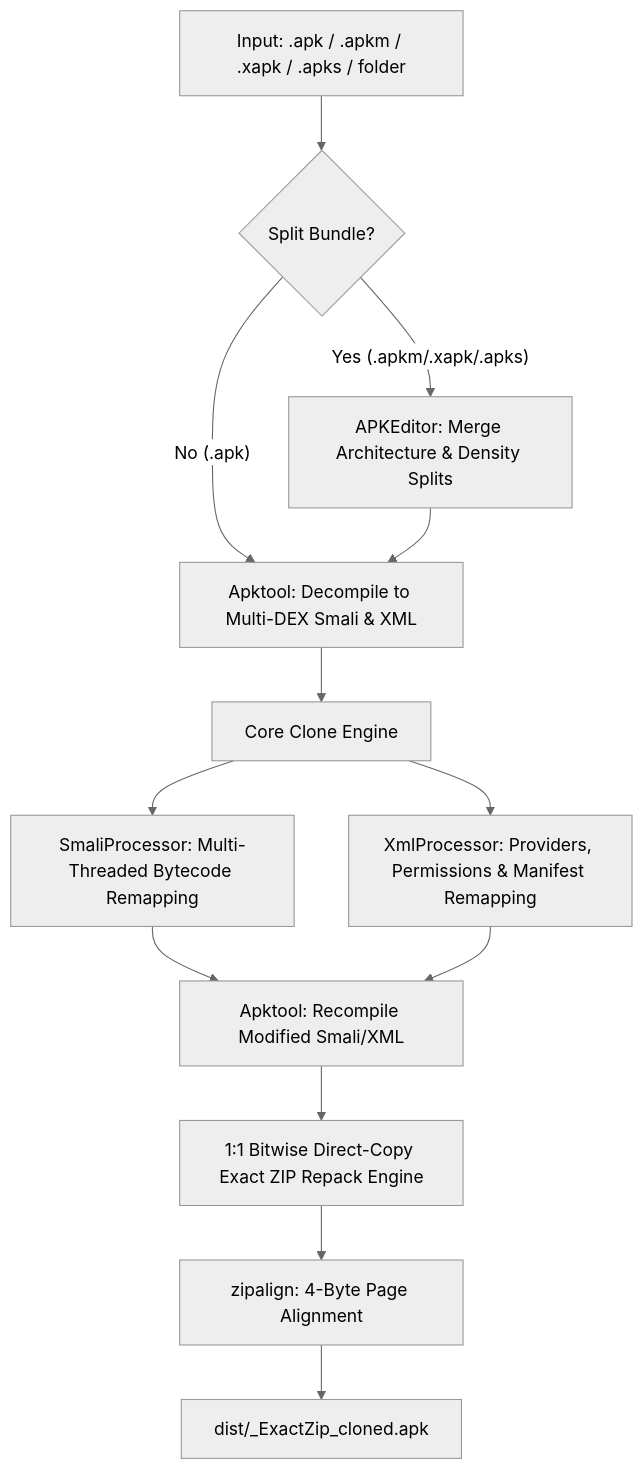
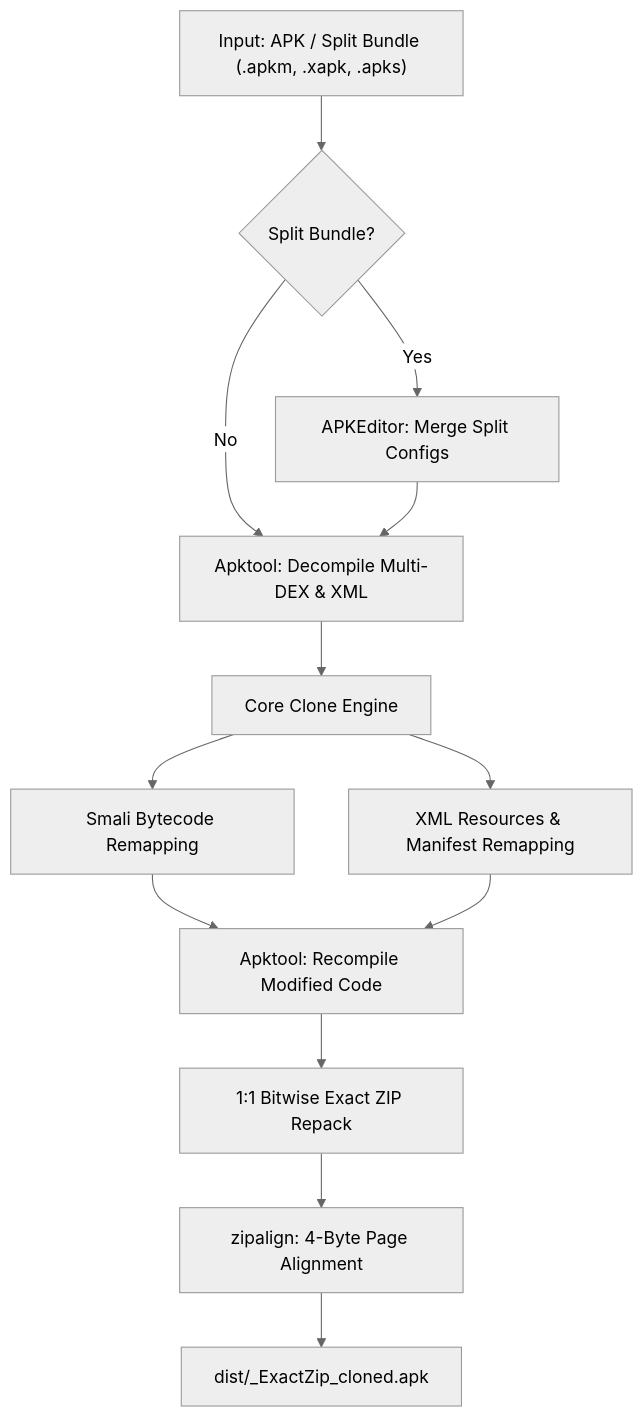
Before and after one commit to Towartz/wa-clone: the diagram in README.md, drawn with Mermaid (neutral theme).

Commit message:
docs(readme): clean up mermaid diagram labels to remove verbose processor names

````diff
--- a/README.md
+++ b/README.md
@@ -74,18 +74,18 @@
 ```mermaid
 flowchart TD
-    Input["Input: .apk / .apkm / .xapk / .apks / folder"] --> CheckType{"Split Bundle?"}
-    CheckType -->|"Yes (.apkm/.xapk/.apks)"| Merge["APKEditor: Merge Architecture & Density Splits"]
-    CheckType -->|"No (.apk)"| Decompile["Apktool: Decompile to Multi-DEX Smali & XML"]
+    Input["Input: APK / Split Bundle (.apkm, .xapk, .apks)"] --> CheckType{"Split Bundle?"}
+    CheckType -->|"Yes"| Merge["APKEditor: Merge Split Configs"]
+    CheckType -->|"No"| Decompile["Apktool: Decompile Multi-DEX & XML"]
     Merge --> Decompile
     
     Decompile --> CoreEngine["Core Clone Engine"]
-    CoreEngine --> Smali["SmaliProcessor: Multi-Threaded Bytecode Remapping"]
-    CoreEngine --> XML["XmlProcessor: Providers, Permissions & Manifest Remapping"]
+    CoreEngine --> Smali["Smali Bytecode Remapping"]
+    CoreEngine --> XML["XML Resources & Manifest Remapping"]
     
-    Smali --> ApktoolBuild["Apktool: Recompile Modified Smali/XML"]
+    Smali --> ApktoolBuild["Apktool: Recompile Modified Code"]
     XML --> ApktoolBuild
     
-    ApktoolBuild --> ExactRepack["1:1 Bitwise Direct-Copy Exact ZIP Repack Engine"]
+    ApktoolBuild --> ExactRepack["1:1 Bitwise Exact ZIP Repack"]
     ExactRepack --> ZipAlign["zipalign: 4-Byte Page Alignment"]
     ZipAlign --> Output["dist/<package>_ExactZip_cloned.apk"]
 ```
````
